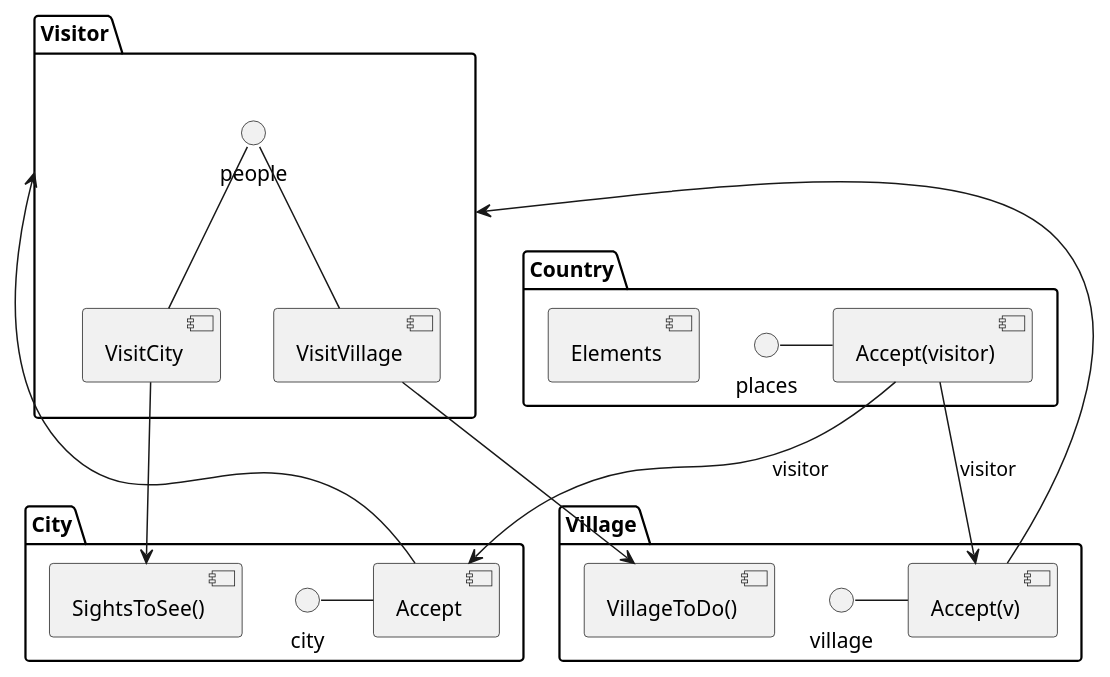
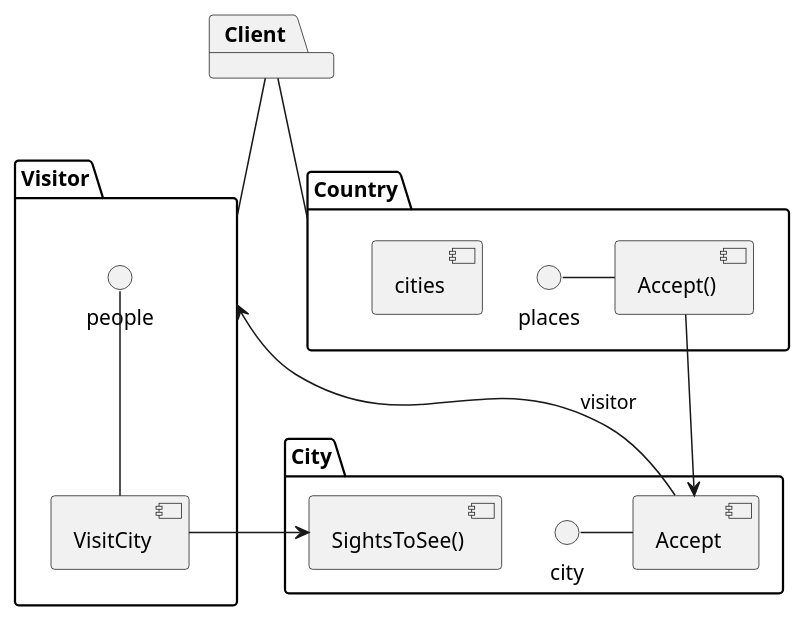
The diagram in doc/visitor/component_visitor.puml (sabrusrin/wildberries), drawn with PlantUML before and after one commit. The commit also changed 9 other files, not shown here.

```diff
--- a/doc/visitor/component_visitor.puml
+++ b/doc/visitor/component_visitor.puml
@@ -1,29 +1,25 @@
 @startuml
 
+package "Client" {
+}
+
 package "Country" {
-places - [Accept(visitor)]
-[Elements]
+Client -- Country
+places - [Accept()]
+[cities]
 }
 
 package "City" {
 city - [Accept]
-[Accept(visitor)] --> [Accept]:visitor
+[Accept()] --> [Accept]
 [SightsToSee()]
 }
 
-package "Village" {
-village - [Accept(v)]
-[Accept(visitor)] --> [Accept(v)]:visitor
-[VillageToDo()]
-}
-
 package "Visitor" {
-[Accept] --> Visitor
-[Accept(v)] --> Visitor
+Client -- Visitor
+[Accept] --> Visitor:visitor
 [VisitCity] --> [SightsToSee()]
-[VisitVillage] --> [VillageToDo()]
 people -- [VisitCity]
-people --[VisitVillage]
 }
 
 @enduml
```
